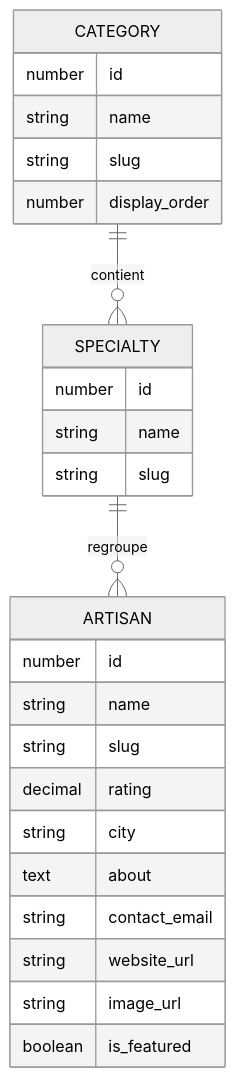
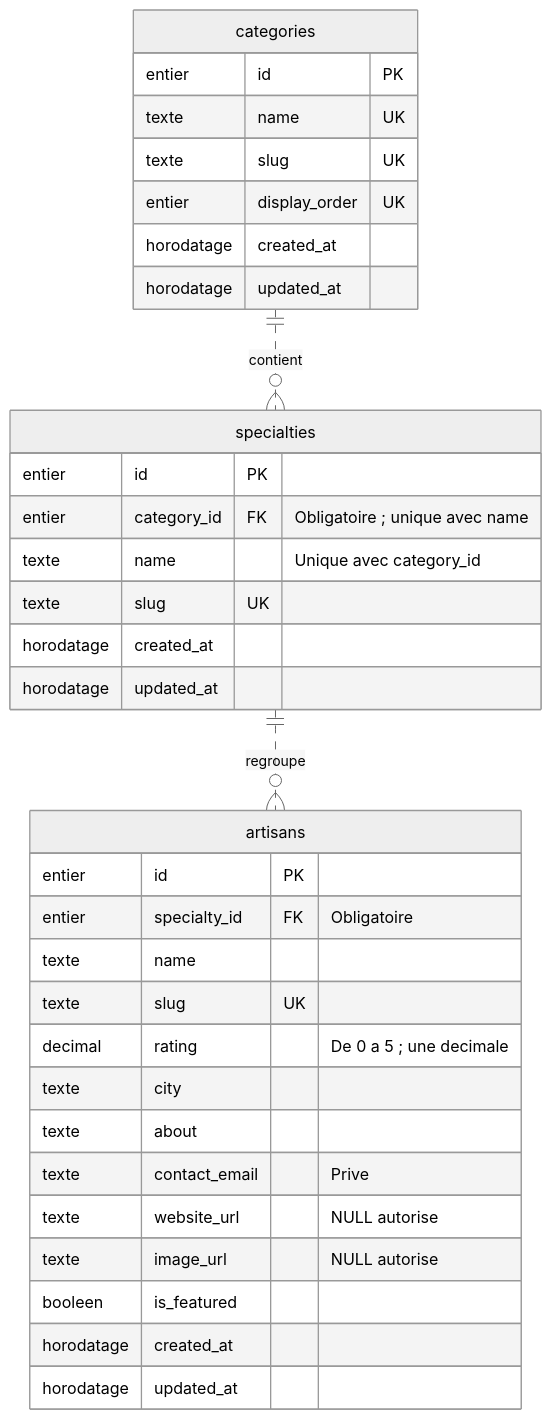
The second of 2 diagrams in docs/conception/database.md (dylan-ramos/trouve-ton-artisan), drawn with Mermaid (neutral theme) before and after one commit. The commit also changed other lines of this file and 18 other files, not shown here.

````diff
--- a/docs/conception/database.md
+++ b/docs/conception/database.md
@@ -5,29 +51,37 @@
 ```mermaid
 erDiagram
-    CATEGORY ||--o{ SPECIALTY : contient
-    SPECIALTY ||--o{ ARTISAN : regroupe
+    categories ||..o{ specialties : contient
+    specialties ||..o{ artisans : regroupe
 
-    CATEGORY {
-        number id
-        string name
-        string slug
-        number display_order
+    categories {
+        entier id PK
+        texte name UK
+        texte slug UK
+        entier display_order UK
+        horodatage created_at
+        horodatage updated_at
     }
-    SPECIALTY {
-        number id
-        string name
-        string slug
+    specialties {
+        entier id PK
+        entier category_id FK "Obligatoire ; unique avec name"
+        texte name "Unique avec category_id"
+        texte slug UK
+        horodatage created_at
+        horodatage updated_at
     }
-    ARTISAN {
-        number id
-        string name
-        string slug
-        decimal rating
-        string city
-        text about
-        string contact_email
-        string website_url
-        string image_url
-        boolean is_featured
+    artisans {
+        entier id PK
+        entier specialty_id FK "Obligatoire"
+        texte name
+        texte slug UK
+        decimal rating "De 0 a 5 ; une decimale"
+        texte city
+        texte about
+        texte contact_email "Prive"
+        texte website_url "NULL autorise"
+        texte image_url "NULL autorise"
+        booleen is_featured
+        horodatage created_at
+        horodatage updated_at
     }
 ```
````
